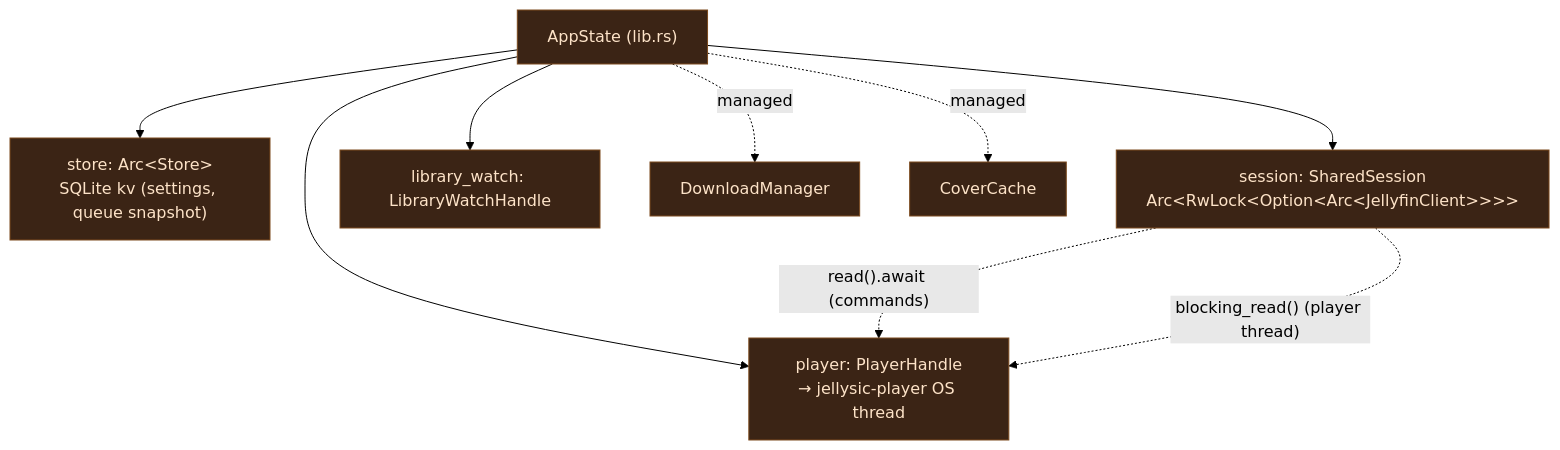
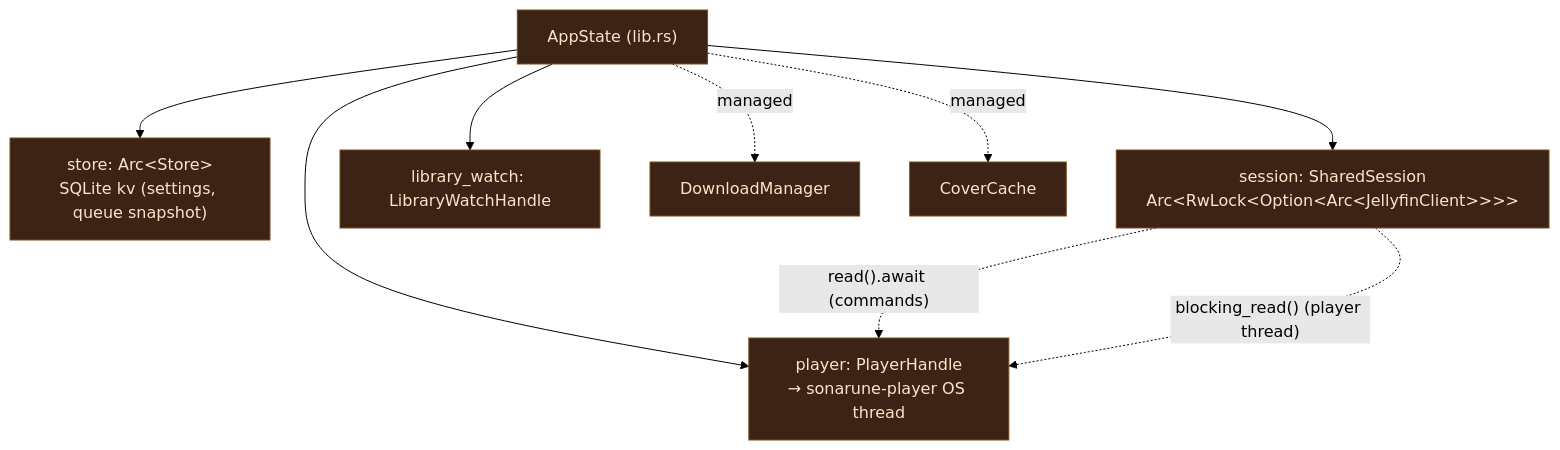
The second of 11 diagrams in docs/architecture.md (Ariazonaa/sonarune), drawn with Mermaid (forest theme) before and after one commit. The commit also changed other lines of this file and 94 other files, not shown here.

````diff
--- a/docs/architecture.md
+++ b/docs/architecture.md
@@ -75,16 +75,16 @@
 ```mermaid
 flowchart TB
     APP["AppState (lib.rs)"]
     APP --> ST["store: Arc&lt;Store&gt;<br/>SQLite kv (settings, queue snapshot)"]
     APP --> SES["session: SharedSession<br/>Arc&lt;RwLock&lt;Option&lt;Arc&lt;JellyfinClient&gt;&gt;&gt;&gt;"]
-    APP --> PH["player: PlayerHandle<br/>→ jellysic-player OS thread"]
+    APP --> PH["player: PlayerHandle<br/>→ sonarune-player OS thread"]
     APP --> LW["library_watch: LibraryWatchHandle"]
     APP -.managed.-> DM["DownloadManager"]
     APP -.managed.-> CC["CoverCache"]
 
     SES -. "read().await (commands)" .-> PH
     SES -. "blocking_read() (player thread)" .-> PH
 
     classDef box fill:#3b2415,stroke:#7c4a1e,color:#fde3c8;
     class APP,ST,SES,PH,LW,DM,CC box;
 ```
````
